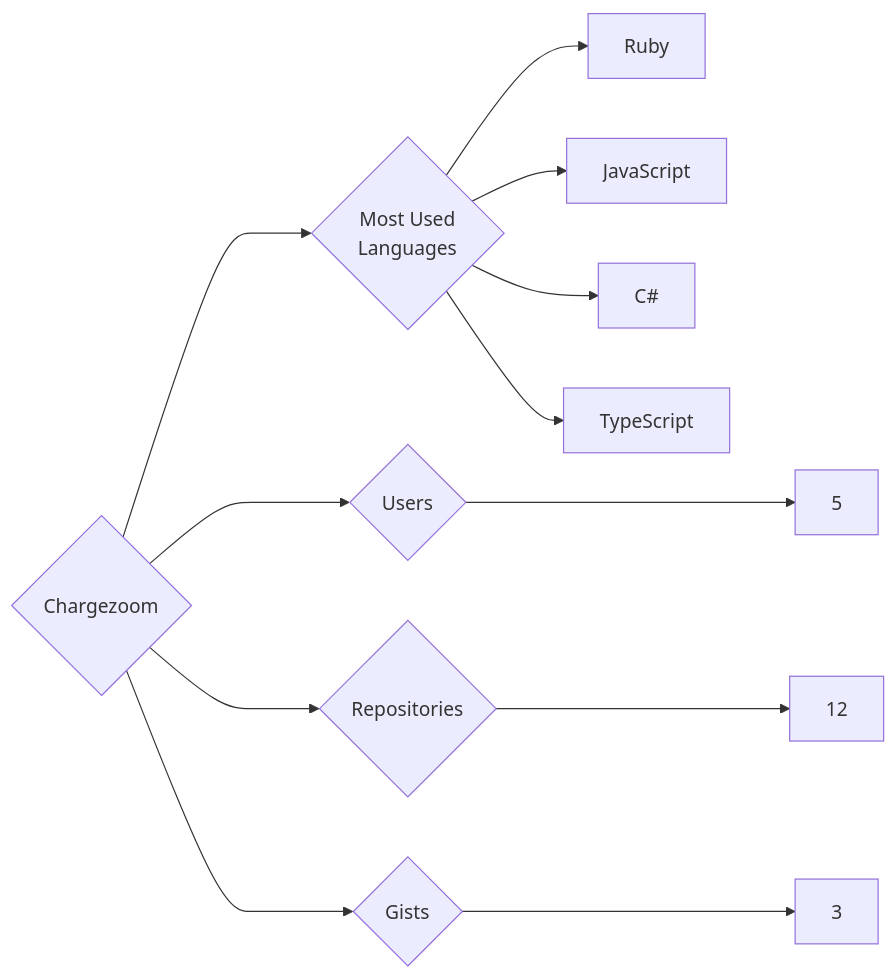
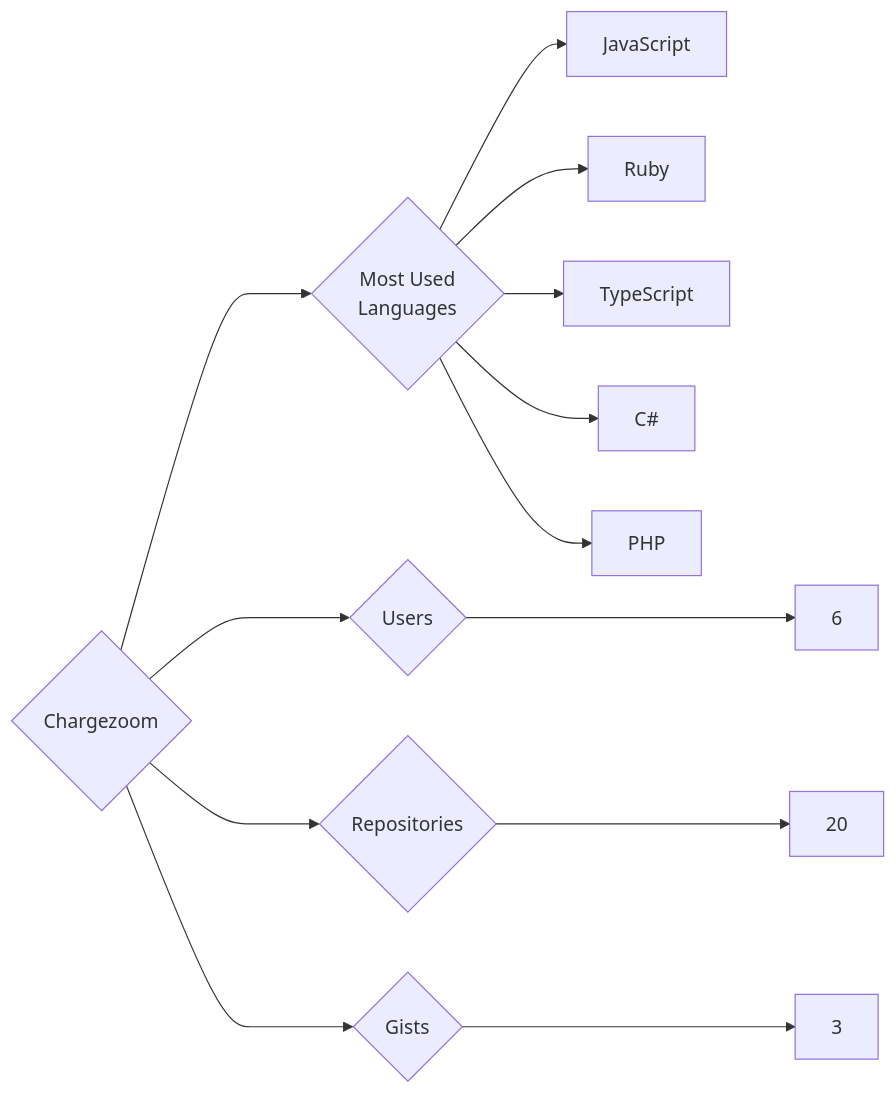
The diagram in targets/Chargezoom/README.md (trickest/insiders), drawn with Mermaid before and after one commit. The commit also changed 1055 other files, not shown here.

````diff
--- a/targets/Chargezoom/README.md
+++ b/targets/Chargezoom/README.md
@@ -3,12 +3,13 @@
 ```mermaid
 graph LR
 COMPANY_NAME{Chargezoom}
-COMPANY_NAME ---> U{Users} ---> UN[5]
-COMPANY_NAME ---> R{Repositories} ---> RN[12]
+COMPANY_NAME ---> U{Users} ---> UN[6]
+COMPANY_NAME ---> R{Repositories} ---> RN[20]
 COMPANY_NAME ---> G{Gists} ---> GN[3]
 COMPANY_NAME ---> ML{Most Used<br>Languages}
+ML --> JavaScript[JavaScript]
 ML --> Ruby[Ruby]
-ML --> JavaScript[JavaScript]
+ML --> TypeScript[TypeScript]
 ML --> C#[C#]
-ML --> TypeScript[TypeScript]
+ML --> PHP[PHP]
 ```
````
